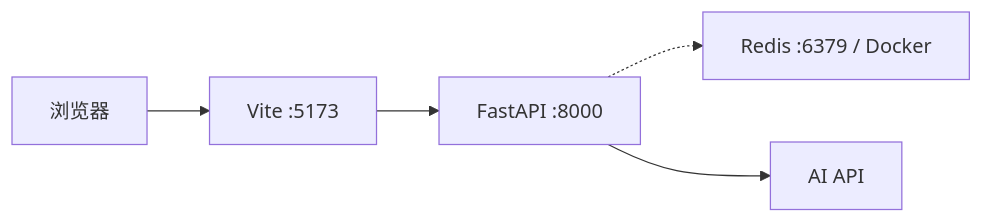
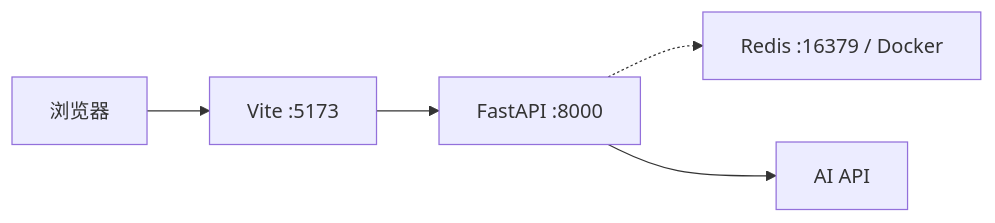
One commit to Mr-CG-end/ai-resume-analysis-system changed the diagram in docs/06-deployment-specification.md. Above: the diagram before and after it, drawn with Mermaid. The commit also changed other lines of this file and 6 other files, not shown here.

````diff
--- a/docs/06-deployment-specification.md
+++ b/docs/06-deployment-specification.md
@@ -11,7 +11,7 @@
 ```mermaid
 flowchart LR
     B["浏览器"] --> V["Vite :5173"]
     V --> F["FastAPI :8000"]
-    F -.-> R["Redis :6379 / Docker"]
+    F -.-> R["Redis :16379 / Docker"]
     F --> A["AI API"]
 ```
````
